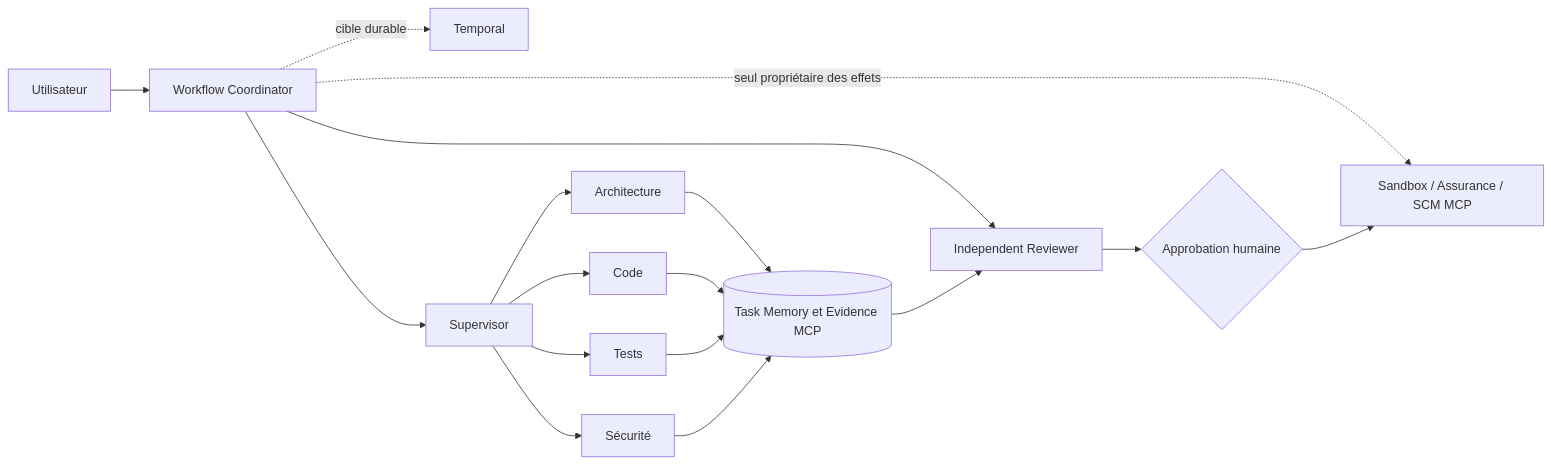
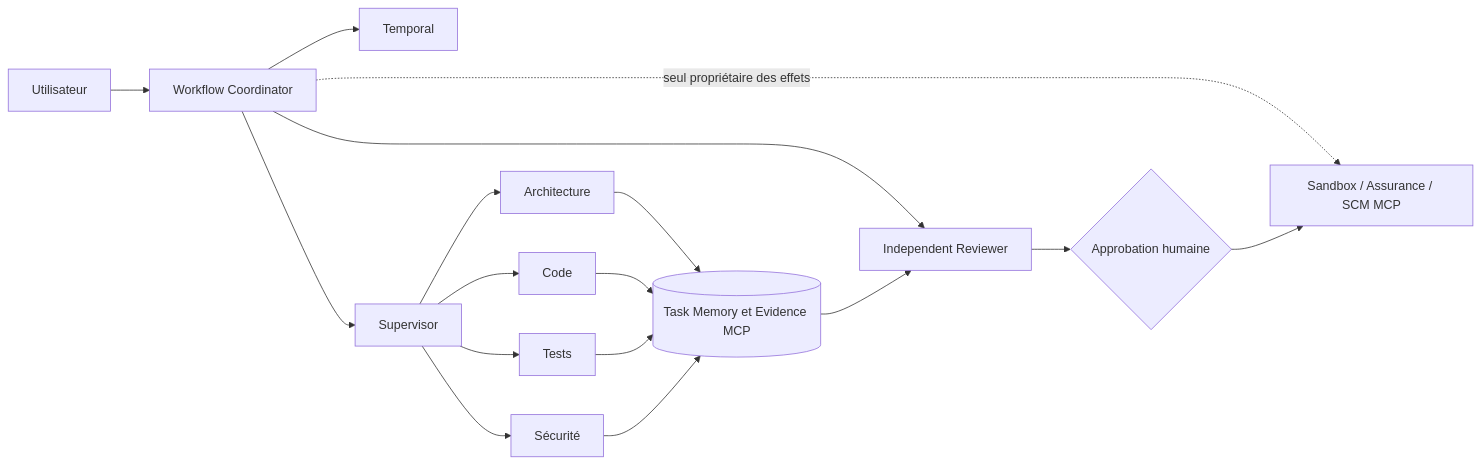
Before and after one commit to dbeaumont/ai-software-factory-local: the first of 4 diagrams in README.md, drawn with Mermaid. The commit also changed other lines of this file and 6 other files, not shown here.

````diff
--- a/README.md
+++ b/README.md
@@ -71,19 +71,19 @@
 ```mermaid
 flowchart LR
   U[Utilisateur] --> W[Workflow Coordinator]
-  W -. cible durable .-> TP[Temporal]
+  W --> TP[Temporal]
   W --> S[Supervisor]
   S --> A[Architecture]
   S --> C[Code]
   S --> T[Tests]
   S --> X[Sécurité]
   W --> R[Independent Reviewer]
   A --> M[(Task Memory et Evidence MCP)]
   C --> M
   T --> M
   X --> M
   M --> R
   W -. seul propriétaire des effets .-> G[Sandbox / Assurance / SCM MCP]
   R --> H{Approbation humaine}
   H --> G
 ```
````
